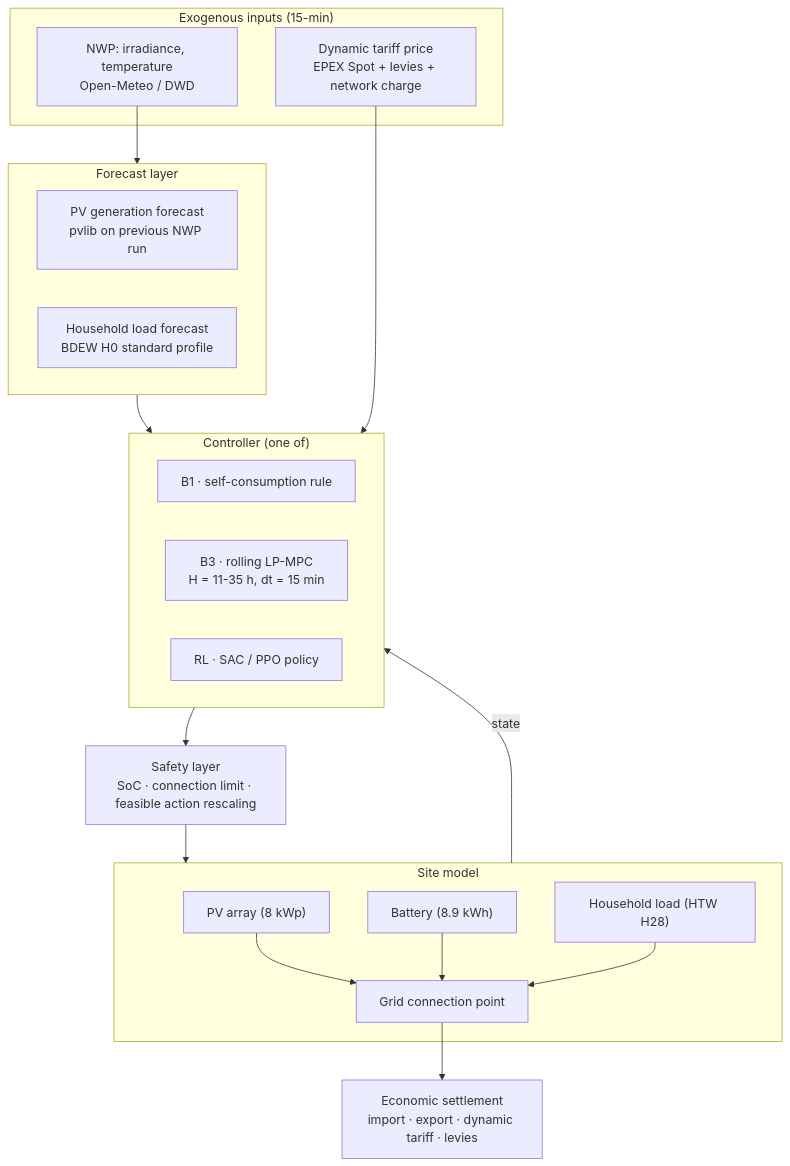
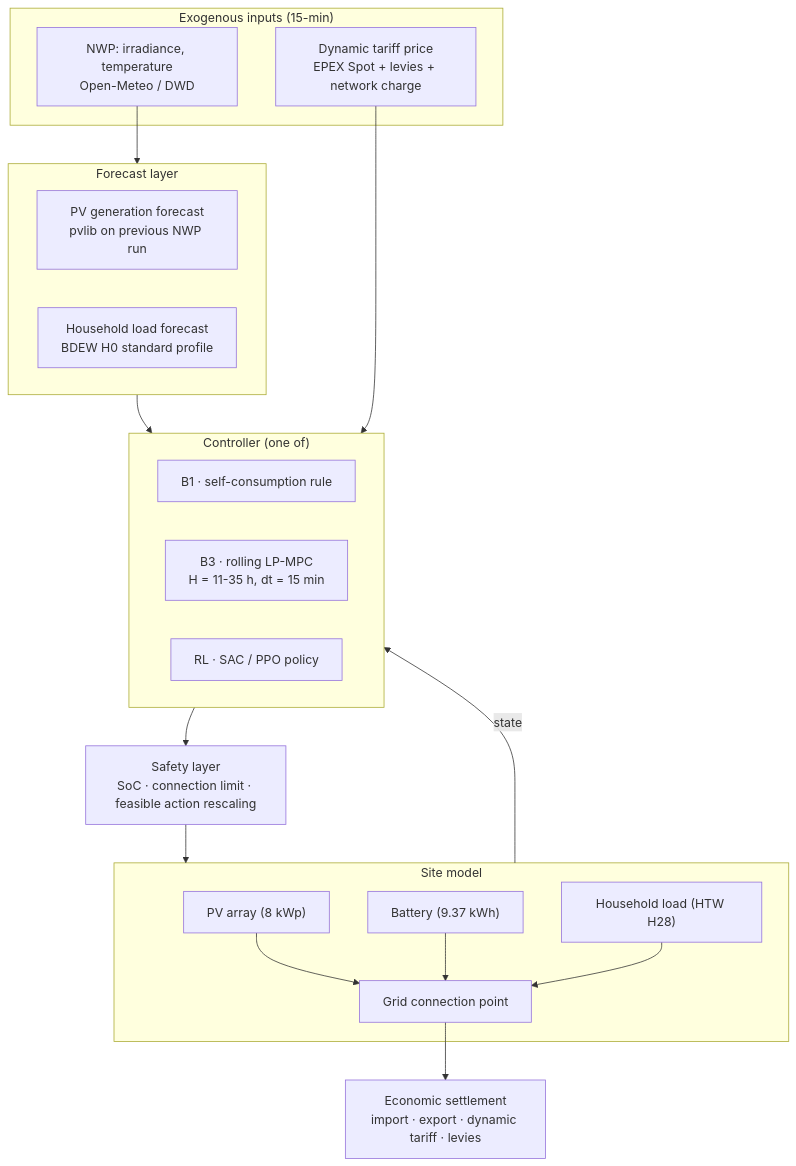
One commit to muratkus01/Portfolio changed the diagram in projects/01-prosumer-pv-bess-mpc-rl/README.md. Above: the diagram before and after it, drawn with Mermaid. The commit also changed other lines of this file, not shown here.

First line of the commit message:
docs(p01): name the LP and the thesis battery the results run

````diff
--- a/projects/01-prosumer-pv-bess-mpc-rl/README.md
+++ b/projects/01-prosumer-pv-bess-mpc-rl/README.md
@@ -448,39 +448,39 @@
 ```mermaid
 flowchart TB
     subgraph EXO["Exogenous inputs (15-min)"]
         W["NWP: irradiance, temperature<br/>Open-Meteo / DWD"]
         PR["Dynamic tariff price<br/>EPEX Spot + levies + network charge"]
     end
 
     subgraph FC["Forecast layer"]
         F1["PV generation forecast<br/>pvlib on previous NWP run"]
         F2["Household load forecast<br/>BDEW H0 standard profile"]
     end
 
     subgraph CTRL["Controller (one of)"]
         B1["B1 · self-consumption rule"]
         B3["B3 · rolling LP-MPC<br/>H = 11-35 h, dt = 15 min"]
         RL["RL · SAC / PPO policy"]
     end
 
     SAFE["Safety layer<br/>SoC · connection limit · feasible action rescaling"]
 
     subgraph SITE["Site model"]
         PV["PV array (8 kWp)"]
-        BAT["Battery (8.9 kWh)"]
+        BAT["Battery (9.37 kWh)"]
         LOAD["Household load (HTW H28)"]
         GCP["Grid connection point"]
     end
 
     SET["Economic settlement<br/>import · export · dynamic tariff · levies"]
 
     W --> FC
     FC --> CTRL
     PR --> CTRL
     CTRL --> SAFE --> SITE
     PV --> GCP
     BAT --> GCP
     LOAD --> GCP
     GCP --> SET
     SITE -->|state| CTRL
 ```
````
